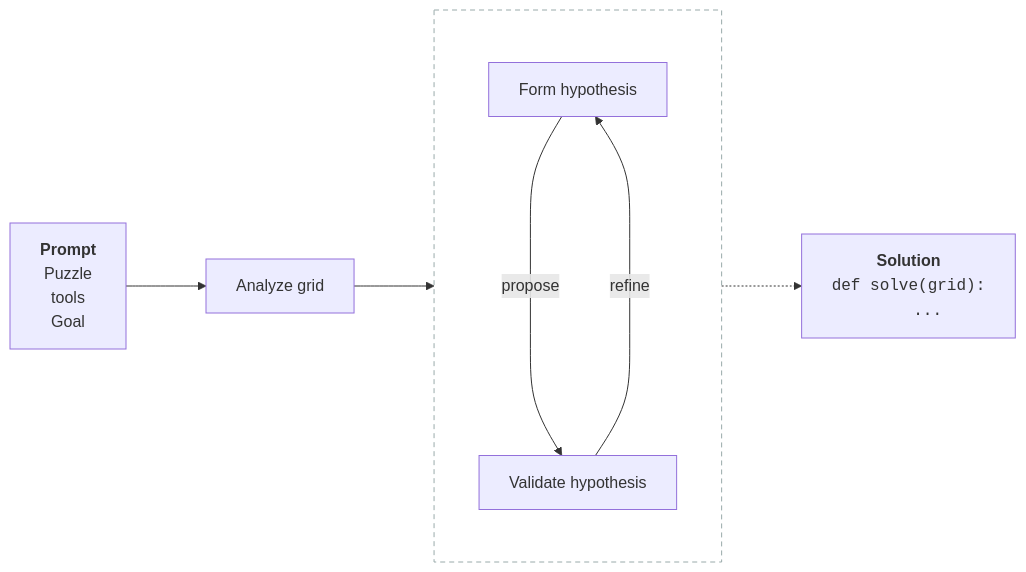
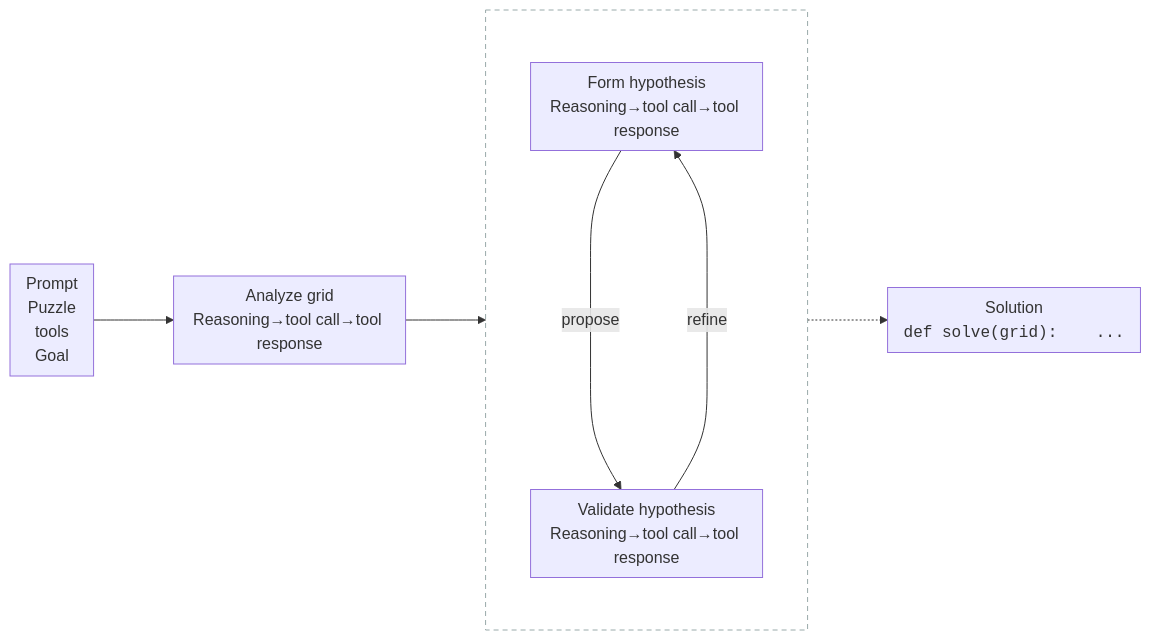
One commit to pivotools/arc-agi-presentation changed the diagram in posts/agentic_coding_arc_agi/presentation.qmd. Above: the diagram before and after it, drawn with Mermaid. The commit also changed other lines of this file and 2 other files, not shown here.

Commit message:
added explosion svg

````diff
--- a/posts/agentic_coding_arc_agi/presentation.qmd
+++ b/posts/agentic_coding_arc_agi/presentation.qmd
@@ -234,23 +237,23 @@
 ```{mermaid}
 %%| fig-align: center
-%%{init: {"flowchart": {"curve": "basis", "htmlLabels": true, "nodeSpacing": 70, "rankSpacing": 80}} }%%
+%%{init: {"flowchart": {"curve": "basis", "htmlLabels": true, "nodeSpacing": 70, "rankSpacing": 80, "padding": 0}} }%%
 flowchart LR
-    Prompt["<b>Prompt</b><br/>Puzzle<br/>tools<br/>Goal"]
-    Step1["Analyze grid"]
-    Solution["<b>Solution</b><br/><code><span class='py-kw'>def</span>&nbsp;<span class='py-fn'>solve</span>(grid):</code><br/><code>&nbsp;&nbsp;&nbsp;&nbsp;...</code>"]
+    Prompt["<div class='cardLabel'><div class='boxHeader'>Prompt</div><div class='boxBody'><div>Puzzle</div><div>tools</div><div>Goal</div></div></div>"]
+    Step1["<div class='cardLabel'><div class='boxHeader'>Analyze grid</div><div class='boxBody horizontal'><span class='subBox'>Reasoning</span><span class='arrow'>→</span><span class='subBox'>tool call</span><span class='arrow'>→</span><span class='subBox'>tool response</span></div></div>"]
+    Solution["<div class='cardLabel'><div class='boxHeader'>Solution</div><div class='boxBody'><code><span class='py-kw'>def</span>&nbsp;<span class='py-fn'>solve</span>(grid):</code><code>&nbsp;&nbsp;&nbsp;&nbsp;...</code></div></div>"]
 
     subgraph Loop[" "]
         direction TB
-        Step2["Form hypothesis"]
-        Step3["Validate hypothesis"]
+        Step2["<div class='cardLabel'><div class='boxHeader'>Form hypothesis</div><div class='boxBody horizontal'><span class='subBox'>Reasoning</span><span class='arrow'>→</span><span class='subBox'>tool call</span><span class='arrow'>→</span><span class='subBox'>tool response</span></div></div>"]
+        Step3["<div class='cardLabel'><div class='boxHeader'>Validate hypothesis</div><div class='boxBody horizontal'><span class='subBox'>Reasoning</span><span class='arrow'>→</span><span class='subBox'>tool call</span><span class='arrow'>→</span><span class='subBox'>tool response</span></div></div>"]
         Step2 -->|propose| Step3
         Step3 ---->|refine| Step2
     end
 
     Prompt --> Step1
     Step1 --> Loop
     Loop -.-> Solution
 
     classDef loopRegion fill:none,stroke:#9aa,stroke-dasharray:5 4;
     class Loop loopRegion;
 ```
````
